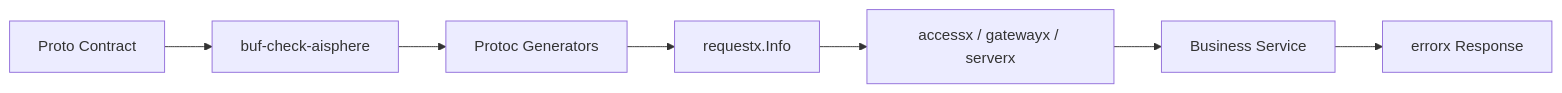
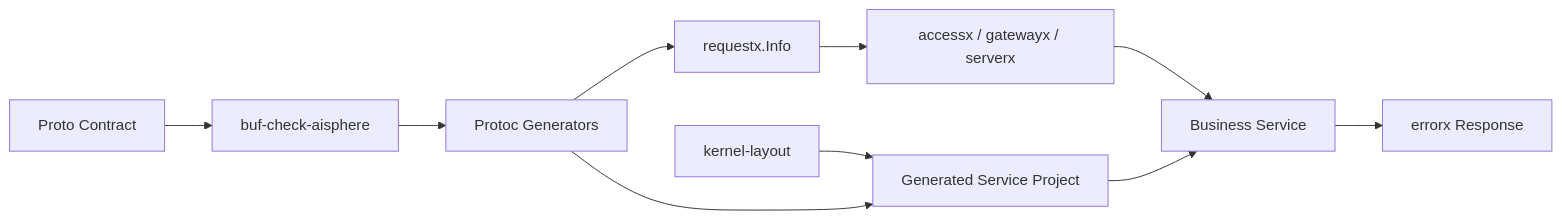
The diagram in docs/kernel/intro.md (aisphereio/aisphereio.github.io), drawn with Mermaid before and after one commit. The commit also changed other lines of this file, not shown here.

Commit message:
docs(kernel): sync intro with repository split

````diff
--- a/docs/kernel/intro.md
+++ b/docs/kernel/intro.md
@@ -11,9 +11,13 @@
 ```mermaid
 flowchart LR
     A[Proto Contract] --> B[buf-check-aisphere]
     B --> C[Protoc Generators]
     C --> D[requestx.Info]
     D --> E[accessx / gatewayx / serverx]
     E --> F[Business Service]
     F --> G[errorx Response]
+
+    L[kernel-layout] --> P[Generated Service Project]
+    C --> P
+    P --> F
 ```
````
